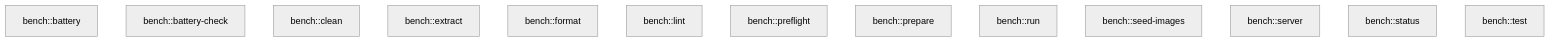
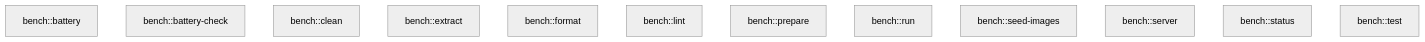
One commit to codesam88/picasu changed the ninth of 11 diagrams in docs/quality-gates.md. Above: the diagram before and after it, drawn with Mermaid (neutral theme). The commit also changed other lines of this file and 10 other files, not shown here.

````diff
--- a/docs/quality-gates.md
+++ b/docs/quality-gates.md
@@ -276,16 +275,15 @@
 ```mermaid
 graph TD
   bench__battery["bench::battery"]
   bench__battery-check["bench::battery-check"]
   bench__clean["bench::clean"]
   bench__extract["bench::extract"]
   bench__format["bench::format"]
   bench__lint["bench::lint"]
-  bench__preflight["bench::preflight"]
   bench__prepare["bench::prepare"]
   bench__run["bench::run"]
   bench__seed-images["bench::seed-images"]
   bench__server["bench::server"]
   bench__status["bench::status"]
   bench__test["bench::test"]
 ```
````
